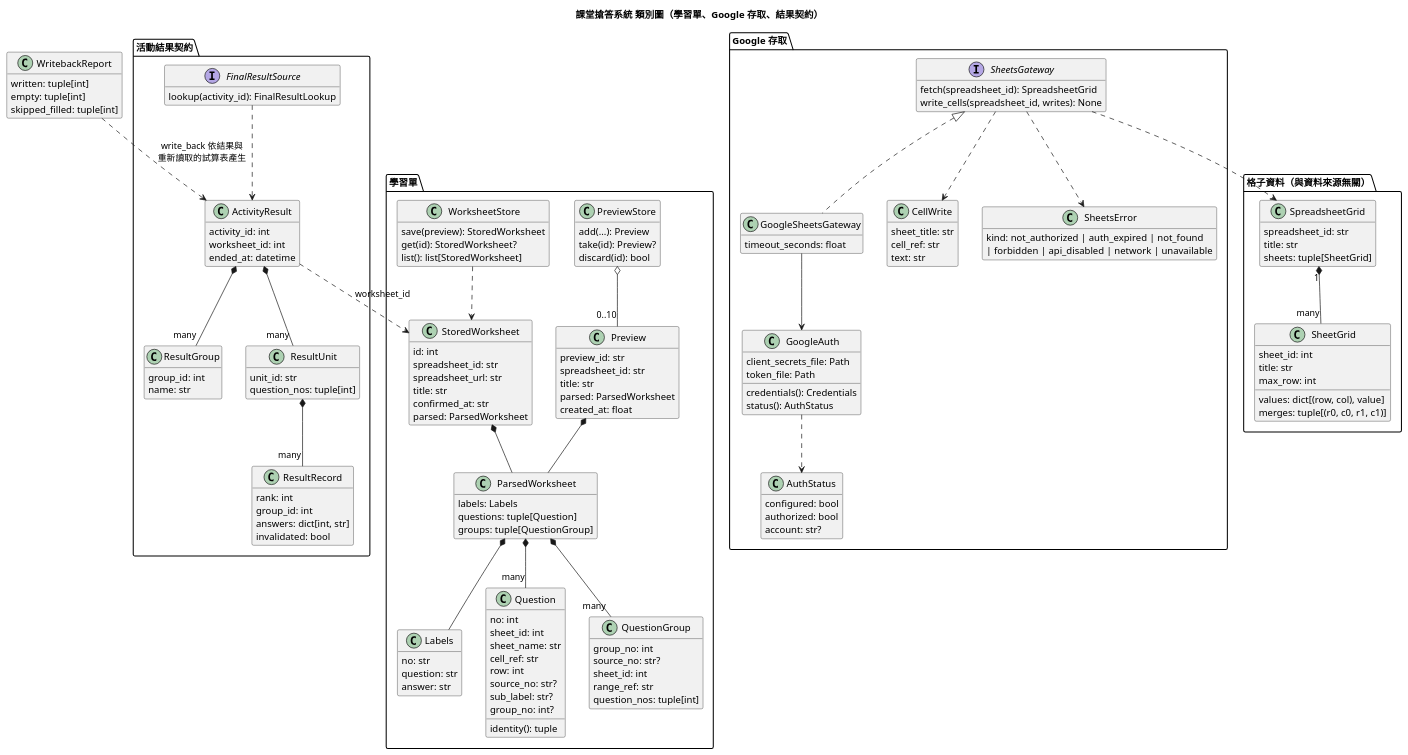
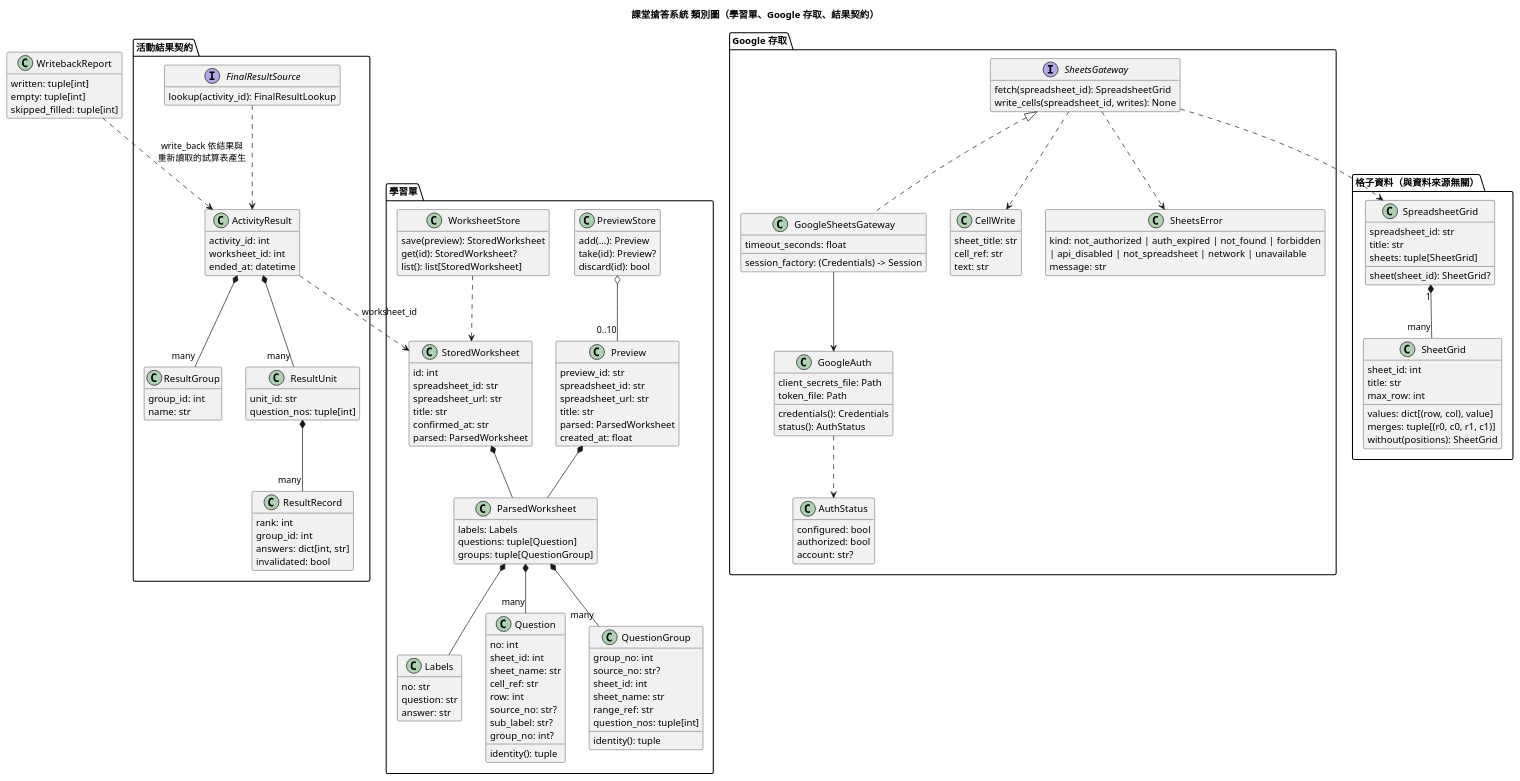
The diagram in diagrams/class.puml (RemuDaiSuKi/SE_project), drawn with PlantUML before and after one commit. The commit also changed 44 other files, not shown here.

```diff
--- a/diagrams/class.puml
+++ b/diagrams/class.puml
@@ -1,158 +1,165 @@
 @startuml class
 title 課堂搶答系統 類別圖（學習單、Google 存取、結果契約）
 skinparam defaultFontName "Microsoft JhengHei"
 hide empty members
 
 package "格子資料（與資料來源無關）" {
   class SpreadsheetGrid {
     spreadsheet_id: str
     title: str
     sheets: tuple[SheetGrid]
+    sheet(sheet_id): SheetGrid?
   }
   class SheetGrid {
     sheet_id: int
     title: str
     values: dict[(row, col), value]
     merges: tuple[(r0, c0, r1, c1)]
     max_row: int
+    without(positions): SheetGrid
   }
   SpreadsheetGrid "1" *-- "many" SheetGrid
 }
 
 package "學習單" {
   class Labels {
     no: str
     question: str
     answer: str
   }
   class Question {
     no: int
     sheet_id: int
     sheet_name: str
     cell_ref: str
     row: int
     source_no: str?
     sub_label: str?
     group_no: int?
     identity(): tuple
   }
   class QuestionGroup {
     group_no: int
     source_no: str?
     sheet_id: int
+    sheet_name: str
     range_ref: str
     question_nos: tuple[int]
+    identity(): tuple
   }
   class ParsedWorksheet {
     labels: Labels
     questions: tuple[Question]
     groups: tuple[QuestionGroup]
   }
   class StoredWorksheet {
     id: int
     spreadsheet_id: str
     spreadsheet_url: str
     title: str
     confirmed_at: str
     parsed: ParsedWorksheet
   }
   class Preview {
     preview_id: str
     spreadsheet_id: str
+    spreadsheet_url: str
     title: str
     parsed: ParsedWorksheet
     created_at: float
   }
   class PreviewStore {
     add(...): Preview
     take(id): Preview?
     discard(id): bool
   }
   class WorksheetStore {
     save(preview): StoredWorksheet
     get(id): StoredWorksheet?
     list(): list[StoredWorksheet]
   }
   ParsedWorksheet *-- Labels
   ParsedWorksheet *-- "many" Question
   ParsedWorksheet *-- "many" QuestionGroup
   StoredWorksheet *-- ParsedWorksheet
   Preview *-- ParsedWorksheet
   PreviewStore o-- "0..10" Preview
   WorksheetStore ..> StoredWorksheet
 }
 
 package "Google 存取" {
   interface SheetsGateway {
     fetch(spreadsheet_id): SpreadsheetGrid
     write_cells(spreadsheet_id, writes): None
   }
   class GoogleSheetsGateway {
     timeout_seconds: float
+    session_factory: (Credentials) -> Session
   }
   class GoogleAuth {
     client_secrets_file: Path
     token_file: Path
     credentials(): Credentials
     status(): AuthStatus
   }
   class AuthStatus {
     configured: bool
     authorized: bool
     account: str?
   }
   class CellWrite {
     sheet_title: str
     cell_ref: str
     text: str
   }
   class SheetsError {
-    kind: not_authorized | auth_expired | not_found
-          | forbidden | api_disabled | network | unavailable
+    kind: not_authorized | auth_expired | not_found | forbidden
+          | api_disabled | not_spreadsheet | network | unavailable
+    message: str
   }
   SheetsGateway <|.. GoogleSheetsGateway
   GoogleSheetsGateway --> GoogleAuth
   GoogleAuth ..> AuthStatus
   SheetsGateway ..> SpreadsheetGrid
   SheetsGateway ..> CellWrite
   SheetsGateway ..> SheetsError
 }
 
 package "活動結果契約" {
   class ActivityResult {
     activity_id: int
     worksheet_id: int
     ended_at: datetime
   }
   class ResultGroup {
     group_id: int
     name: str
   }
   class ResultUnit {
     unit_id: str
     question_nos: tuple[int]
   }
   class ResultRecord {
     rank: int
     group_id: int
     answers: dict[int, str]
     invalidated: bool
   }
   interface FinalResultSource {
     lookup(activity_id): FinalResultLookup
   }
   ActivityResult *-- "many" ResultGroup
   ActivityResult *-- "many" ResultUnit
   ResultUnit *-- "many" ResultRecord
   FinalResultSource ..> ActivityResult
 }
 
 class WritebackReport {
   written: tuple[int]
   empty: tuple[int]
   skipped_filled: tuple[int]
 }
 
 ActivityResult ..> StoredWorksheet : worksheet_id
 WritebackReport ..> ActivityResult : write_back 依結果與\n重新讀取的試算表產生
 @enduml
```
